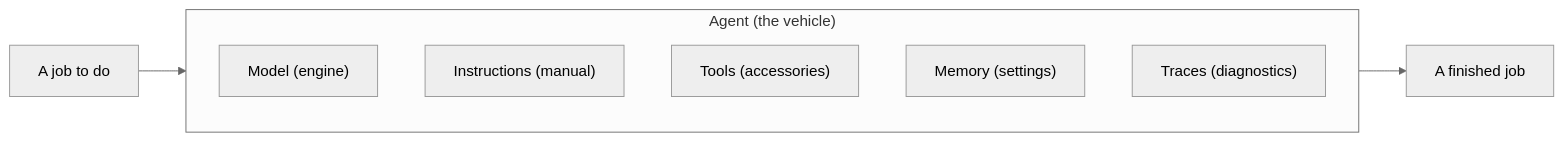
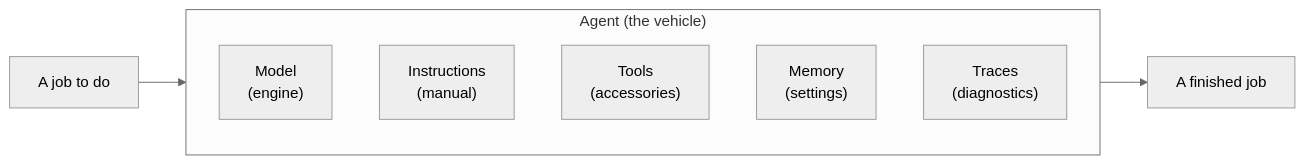
Before and after one commit to nitya/model-releases: the diagram in README.md, drawn with Mermaid (neutral theme). The commit also changed other lines of this file, not shown here.

Commit message:
Refine README diagram labels and getting-started steps

````diff
--- a/README.md
+++ b/README.md
@@ -49,12 +49,12 @@
 ```mermaid
 flowchart LR
     job["A job to do"] --> agent
     subgraph agent["Agent (the vehicle)"]
-        model["Model (engine)"]
-        instructions["Instructions (manual)"]
-        tools["Tools (accessories)"]
-        memory["Memory (settings)"]
-        traces["Traces (diagnostics)"]
+        model["Model<br/>(engine)"]
+        instructions["Instructions<br/>(manual)"]
+        tools["Tools<br/>(accessories)"]
+        memory["Memory<br/>(settings)"]
+        traces["Traces<br/>(diagnostics)"]
     end
     agent --> done["A finished job"]
 ```
````
